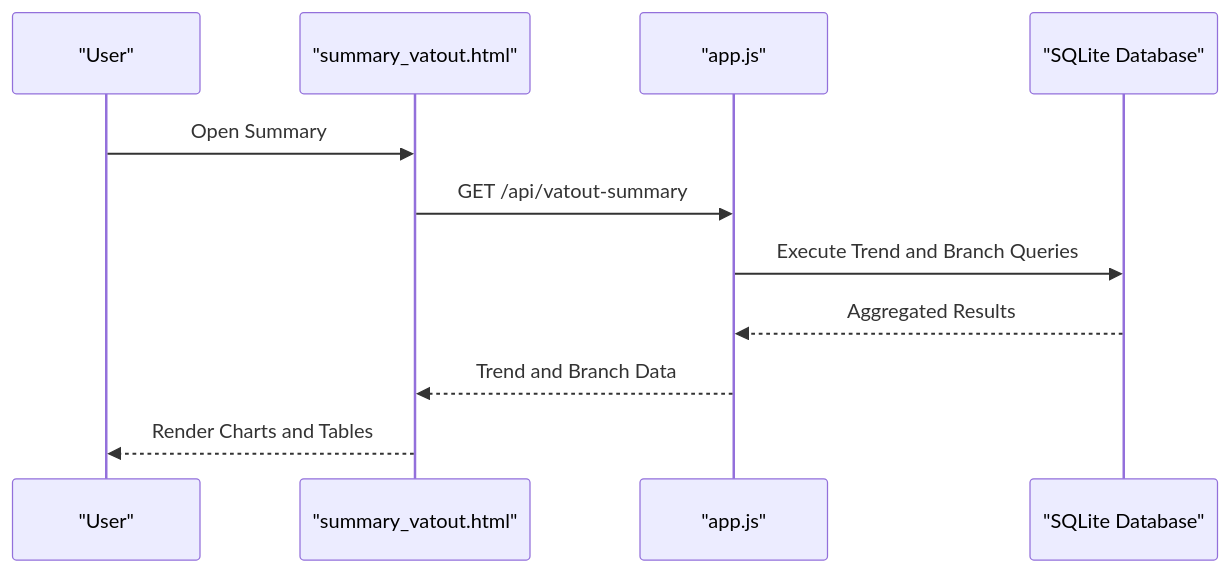
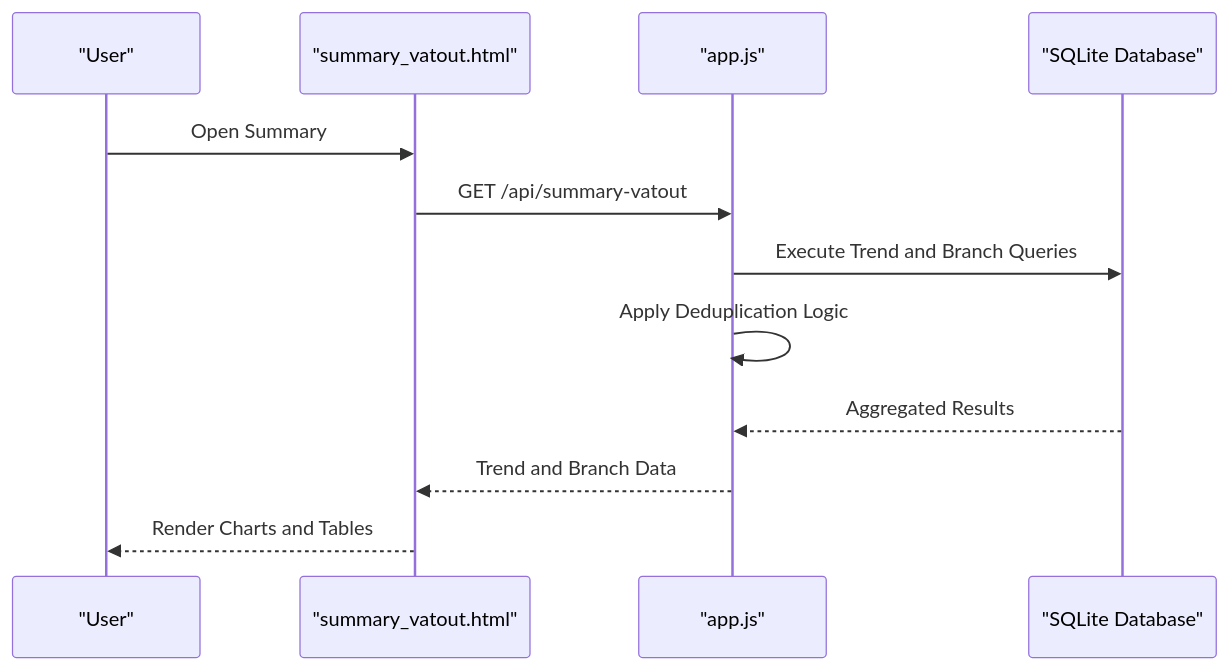
Before and after one commit to rendisiagian/TDS_by_RENDISIAGIAN: the seventh of 9 diagrams in .qoder/repowiki/en/content/VAT Management System/VAT Output (VAT OUT).md, drawn with Mermaid. The commit also changed other lines of this file and 96 other files, not shown here.

````diff
--- a/.qoder/repowiki/en/content/VAT Management System/VAT Output (VAT OUT).md
+++ b/.qoder/repowiki/en/content/VAT Management System/VAT Output (VAT OUT).md
@@ -183,13 +281,14 @@
 ```mermaid
 sequenceDiagram
 participant User as "User"
 participant UI as "summary_vatout.html"
 participant API as "app.js"
 participant DB as "SQLite Database"
 User->>UI : Open Summary
-UI->>API : GET /api/vatout-summary
+UI->>API : GET /api/summary-vatout
 API->>DB : Execute Trend and Branch Queries
+API->>API : Apply Deduplication Logic
 DB-->>API : Aggregated Results
 API-->>UI : Trend and Branch Data
 UI-->>User : Render Charts and Tables
 ```
````
